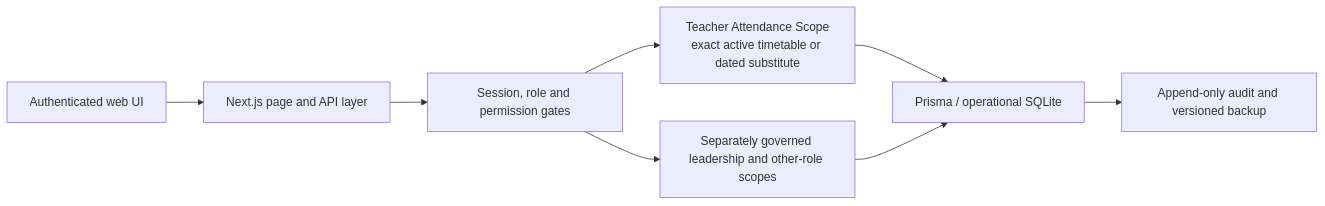
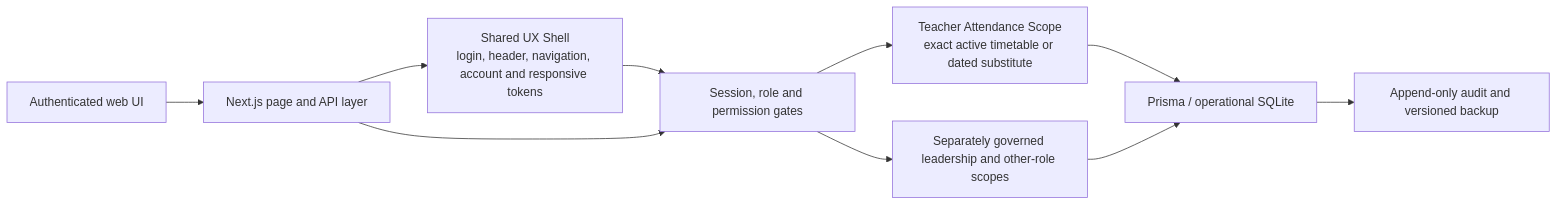
The diagram in docs/diagrams/master-architecture.mmd (vsairohith67/nalanda-school-erp), drawn with Mermaid before and after one commit. The commit also changed 36 other files, not shown here.

Commit message:
Implement UX-1A shared login and app shell

```diff
--- a/docs/diagrams/master-architecture.mmd
+++ b/docs/diagrams/master-architecture.mmd
@@ -1,8 +1,10 @@
 flowchart LR
   UI["Authenticated web UI"] --> APP["Next.js page and API layer"]
+  APP --> UX["Shared UX Shell\nlogin, header, navigation, account and responsive tokens"]
+  UX --> AUTH
   APP --> AUTH["Session, role and permission gates"]
   AUTH --> TAS["Teacher Attendance Scope\nexact active timetable or dated substitute"]
   AUTH --> GOV["Separately governed leadership and other-role scopes"]
   TAS --> DATA["Prisma / operational SQLite"]
   GOV --> DATA
   DATA --> AUDIT["Append-only audit and versioned backup"]
```
